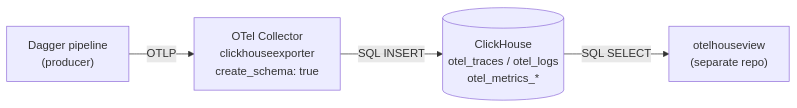
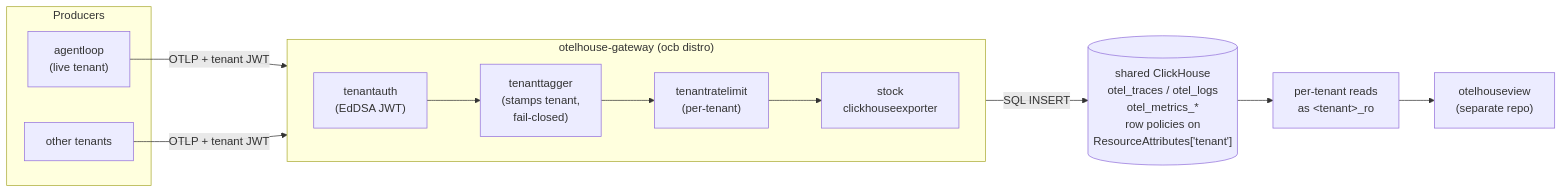
One commit to guettli/otelhouse changed the diagram in README.md. Above: the diagram before and after it, drawn with Mermaid. The commit also changed other lines of this file and 5 other files, not shown here.

````diff
--- a/README.md
+++ b/README.md
@@ -119,11 +126,25 @@
 ```mermaid
 flowchart LR
-    Dagger["Dagger pipeline<br/>(producer)"]
-    Collector["OTel Collector<br/>clickhouseexporter<br/>create_schema: true"]
-    CH[("ClickHouse<br/>otel_traces / otel_logs<br/>otel_metrics_*")]
+    subgraph Producers
+        Agentloop["agentloop<br/>(live tenant)"]
+        Prod["other tenants"]
+    end
+
+    subgraph GW["otelhouse-gateway (ocb distro)"]
+        direction LR
+        Auth["tenantauth<br/>(EdDSA JWT)"]
+        Tag["tenanttagger<br/>(stamps tenant,<br/>fail-closed)"]
+        RL["tenantratelimit<br/>(per-tenant)"]
+        Exp["stock<br/>clickhouseexporter"]
+        Auth --> Tag --> RL --> Exp
+    end
+
+    CH[("shared ClickHouse<br/>otel_traces / otel_logs<br/>otel_metrics_*<br/>row policies on<br/>ResourceAttributes['tenant']")]
+    RO["per-tenant reads<br/>as &lt;tenant&gt;_ro"]
     View["otelhouseview<br/>(separate repo)"]
 
-    Dagger -- OTLP --> Collector
-    Collector -- SQL INSERT --> CH
-    CH -- SQL SELECT --> View
+    Agentloop -- "OTLP + tenant JWT" --> Auth
+    Prod -- "OTLP + tenant JWT" --> Auth
+    Exp -- "SQL INSERT" --> CH
+    CH --> RO --> View
 ```
````
